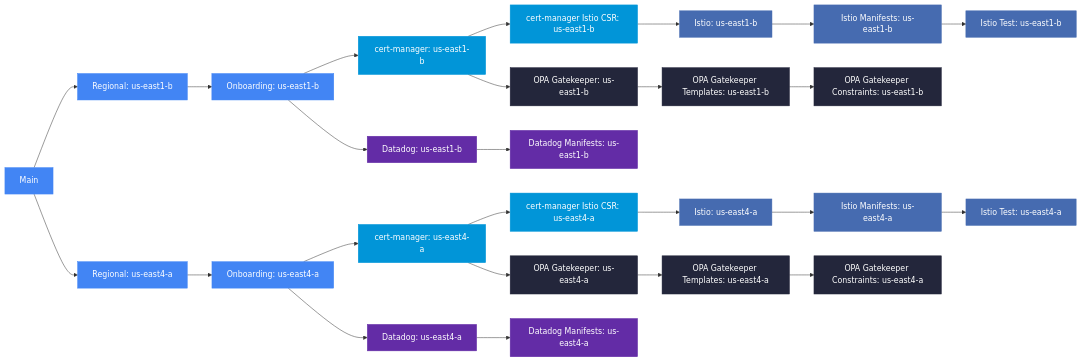
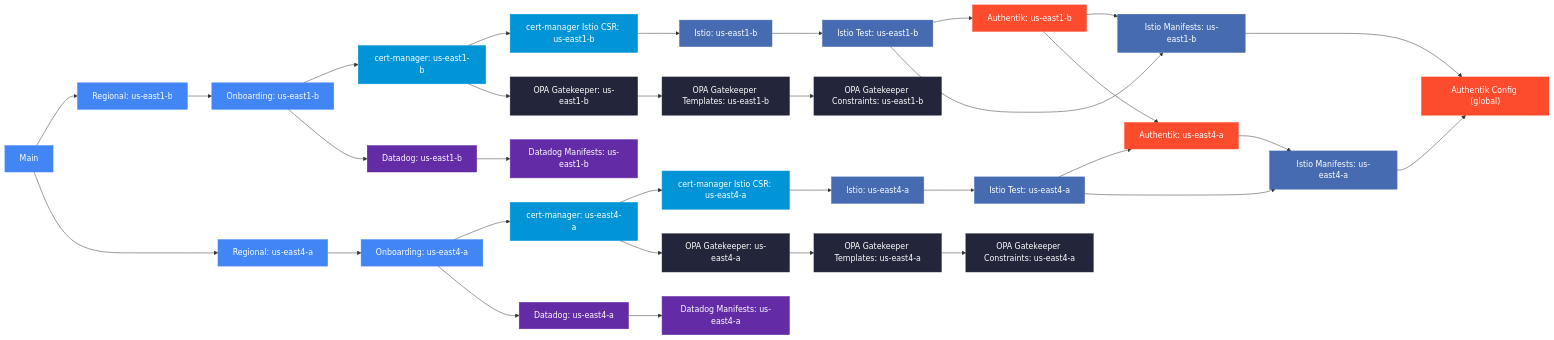
One commit to osinfra-io/pt-pneuma changed the diagram in README.md. Above: the diagram before and after it, drawn with Mermaid. The commit also changed other lines of this file and 42 other files, not shown here.

````diff
--- a/README.md
+++ b/README.md
@@ -34,36 +36,44 @@
 ```mermaid
 flowchart LR
     classDef gke fill:#4285F4,stroke:#4285F4,color:#fff
     classDef certmanager fill:#0195D8,stroke:#0195D8,color:#fff
     classDef istio fill:#466BB0,stroke:#466BB0,color:#fff
     classDef datadog fill:#632CA6,stroke:#632CA6,color:#fff
     classDef opa fill:#23263B,stroke:#23263B,color:#fff
+    classDef authentik fill:#FD4B2D,stroke:#FD4B2D,color:#fff
 
     main["Main"]:::gke
 
     main --> z1_regional["Regional: us-east1-b"]:::gke
     z1_regional --> z1_onboarding["Onboarding: us-east1-b"]:::gke
     z1_onboarding --> z1_cert_manager["cert-manager: us-east1-b"]:::certmanager
     z1_onboarding --> z1_datadog["Datadog: us-east1-b"]:::datadog
     z1_cert_manager --> z1_cert_manager_istio_csr["cert-manager Istio CSR: us-east1-b"]:::certmanager
     z1_cert_manager --> z1_opa_gatekeeper["OPA Gatekeeper: us-east1-b"]:::opa
     z1_cert_manager_istio_csr --> z1_istio["Istio: us-east1-b"]:::istio
-    z1_istio --> z1_istio_manifests["Istio Manifests: us-east1-b"]:::istio
-    z1_istio_manifests --> z1_istio_test["Istio Test: us-east1-b"]:::istio
+    z1_istio --> z1_istio_test["Istio Test: us-east1-b"]:::istio
+    z1_istio_test --> z1_authentik["Authentik: us-east1-b"]:::authentik
+    z1_istio_test --> z1_istio_manifests["Istio Manifests: us-east1-b"]:::istio
+    z1_authentik --> z1_istio_manifests
+    z1_istio_manifests --> authentik_config["Authentik Config (global)"]:::authentik
     z1_datadog --> z1_datadog_manifests["Datadog Manifests: us-east1-b"]:::datadog
     z1_opa_gatekeeper --> z1_opa_templates["OPA Gatekeeper Templates: us-east1-b"]:::opa
     z1_opa_templates --> z1_opa_constraints["OPA Gatekeeper Constraints: us-east1-b"]:::opa
 
     main --> z2_regional["Regional: us-east4-a"]:::gke
     z2_regional --> z2_onboarding["Onboarding: us-east4-a"]:::gke
     z2_onboarding --> z2_cert_manager["cert-manager: us-east4-a"]:::certmanager
     z2_onboarding --> z2_datadog["Datadog: us-east4-a"]:::datadog
     z2_cert_manager --> z2_cert_manager_istio_csr["cert-manager Istio CSR: us-east4-a"]:::certmanager
     z2_cert_manager --> z2_opa_gatekeeper["OPA Gatekeeper: us-east4-a"]:::opa
     z2_cert_manager_istio_csr --> z2_istio["Istio: us-east4-a"]:::istio
-    z2_istio --> z2_istio_manifests["Istio Manifests: us-east4-a"]:::istio
-    z2_istio_manifests --> z2_istio_test["Istio Test: us-east4-a"]:::istio
+    z2_istio --> z2_istio_test["Istio Test: us-east4-a"]:::istio
+    z2_istio_test --> z2_authentik["Authentik: us-east4-a"]:::authentik
+    z1_authentik --> z2_authentik
+    z2_istio_test --> z2_istio_manifests["Istio Manifests: us-east4-a"]:::istio
+    z2_authentik --> z2_istio_manifests
+    z2_istio_manifests --> authentik_config
     z2_datadog --> z2_datadog_manifests["Datadog Manifests: us-east4-a"]:::datadog
     z2_opa_gatekeeper --> z2_opa_templates["OPA Gatekeeper Templates: us-east4-a"]:::opa
     z2_opa_templates --> z2_opa_constraints["OPA Gatekeeper Constraints: us-east4-a"]:::opa
 ```
````
